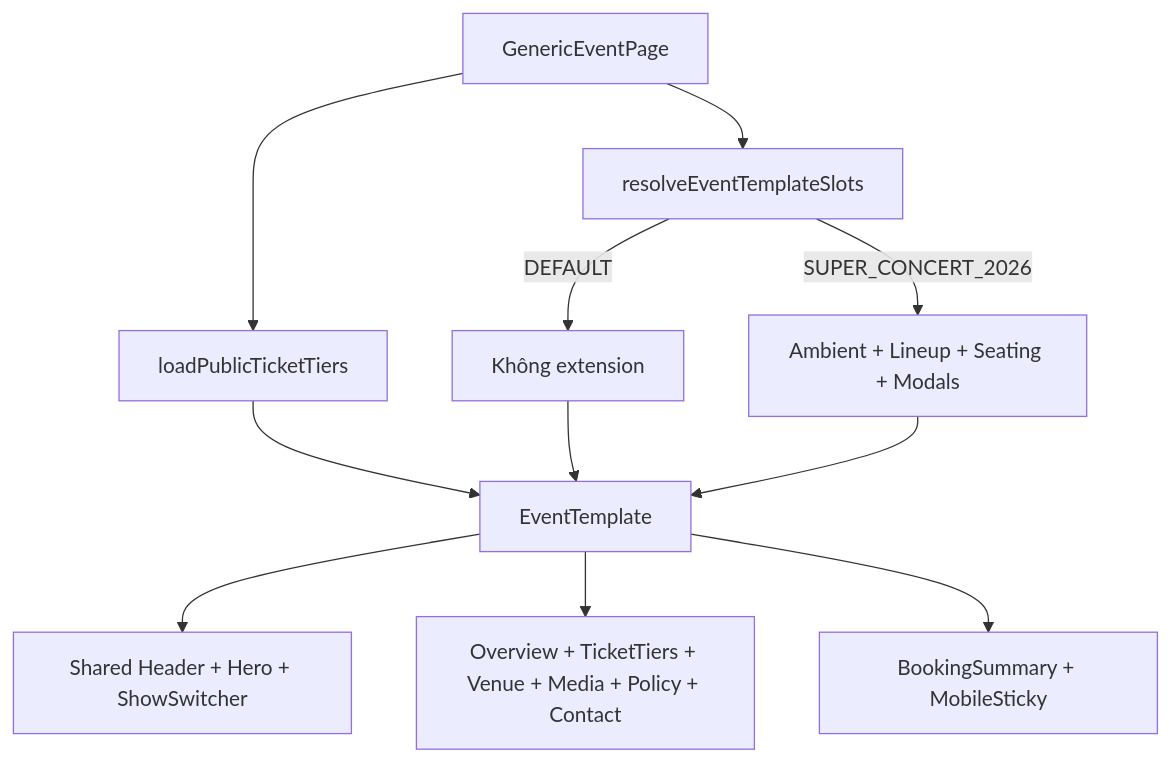
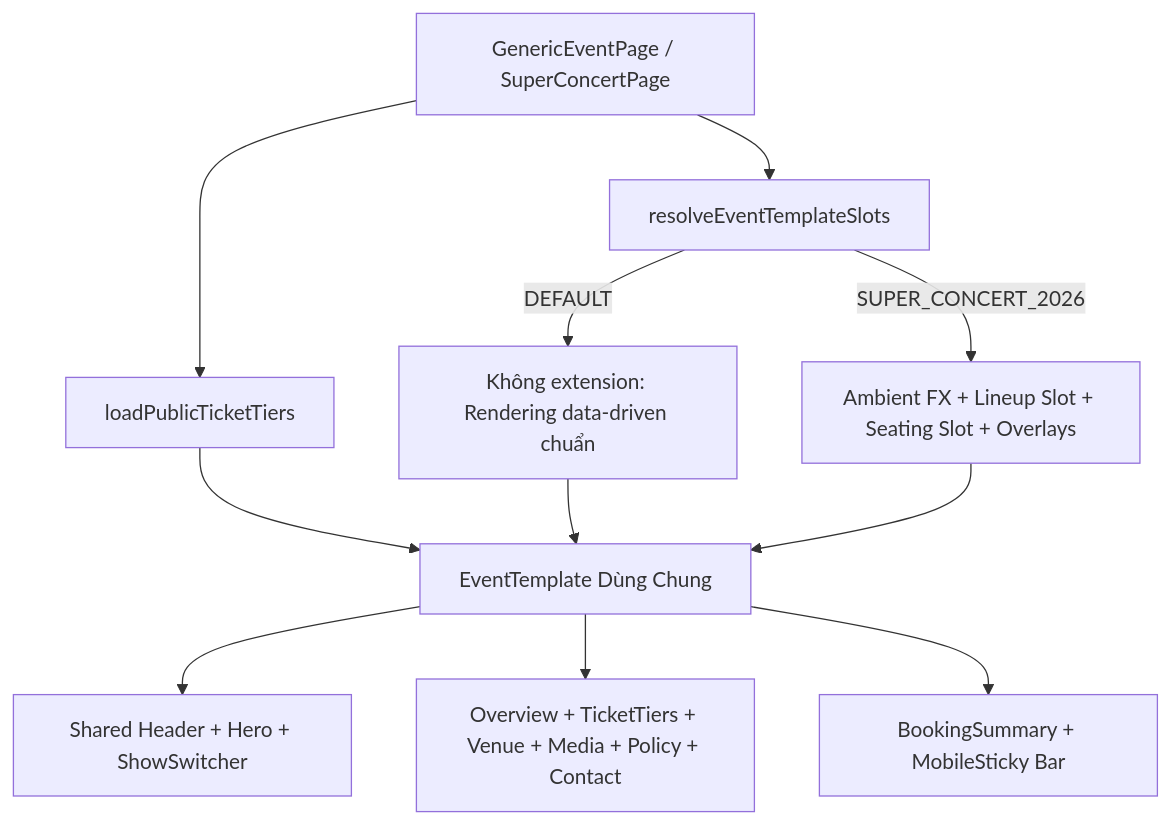
Diagram 11 of 11 in docs/sprint1-deliverables/02_ANALYSIS_AND_SYSTEM_DESIGN.md (minhdc2011/EVENTTICKETING), drawn with Mermaid before and after one commit. The commit also changed other lines of this file and 5 other files, not shown here.

First line of the commit message:
docs: enrich 14-table ERD with 3 relationship types, 3 notes, class diagram and 4-way traceability matrix

````diff
--- a/docs/sprint1-deliverables/02_ANALYSIS_AND_SYSTEM_DESIGN.md
+++ b/docs/sprint1-deliverables/02_ANALYSIS_AND_SYSTEM_DESIGN.md
@@ -134,13 +616,13 @@
 ```mermaid
 flowchart TD
-  A[GenericEventPage] --> B[resolveEventTemplateSlots]
+  A[GenericEventPage / SuperConcertPage] --> B[resolveEventTemplateSlots]
   A --> C[loadPublicTicketTiers]
-  B -->|DEFAULT| D[Không extension]
-  B -->|SUPER_CONCERT_2026| E[Ambient + Lineup + Seating + Modals]
-  C --> F[EventTemplate]
+  B -->|DEFAULT| D[Không extension: Rendering data-driven chuẩn]
+  B -->|SUPER_CONCERT_2026| E[Ambient FX + Lineup Slot + Seating Slot + Overlays]
+  C --> F[EventTemplate Dùng Chung]
   D --> F
   E --> F
   F --> G[Shared Header + Hero + ShowSwitcher]
   F --> H[Overview + TicketTiers + Venue + Media + Policy + Contact]
-  F --> I[BookingSummary + MobileSticky]
+  F --> I[BookingSummary + MobileSticky Bar]
 ```
````
